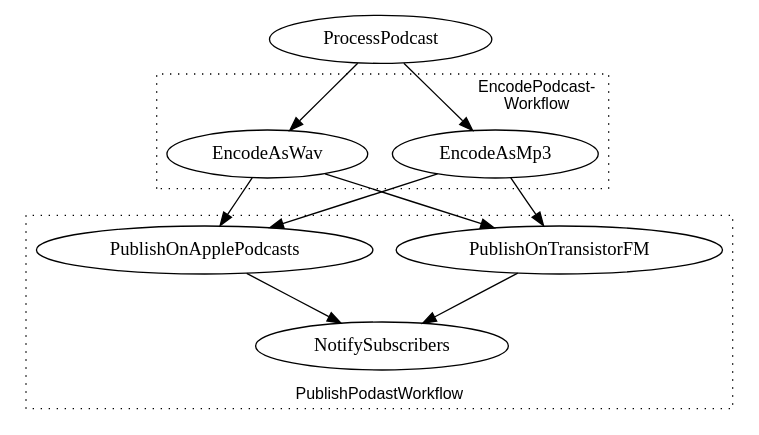
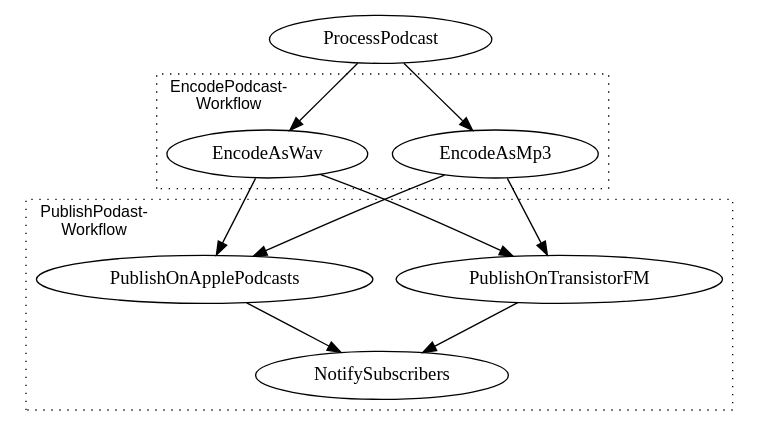
One commit to ksassnowski/venture-docs changed the diagram in docs/.vuepress/public/workflow-depends-on-workflow.dot. Above: the diagram before and after it, drawn with Graphviz. The commit also changed 3 other files, not shown here.

```diff
--- a/docs/.vuepress/public/workflow-depends-on-workflow.dot
+++ b/docs/.vuepress/public/workflow-depends-on-workflow.dot
@@ -1,26 +1,26 @@
 digraph G {
     ProcessPodcast -> EncodeAsMp3;
     ProcessPodcast -> EncodeAsWav;
 
     subgraph cluster_publish {
-        label="PublishPodastWorkflow";
-        graph[style="dotted", labelloc="b", fontsize="12", fontname="sans-serif"]
+        label="PublishPodast-\nWorkflow";
+        graph[style="dotted", labelloc="t", labeljust="l", fontsize="12", fontname="sans-serif"]
 
         PublishOnTransistorFM; PublishOnApplePodcasts NotifySubscribers;
 
         PublishOnTransistorFM -> NotifySubscribers;
         PublishOnApplePodcasts -> NotifySubscribers;
     }
 
     subgraph cluster_encode {
         label="EncodePodcast-\nWorkflow";
-        graph[style="dotted", labeljust="r", labelloc="t", fontsize="12", fontname="sans-serif"]
+        graph[style="dotted", labeljust="l", labelloc="t", fontsize="12", fontname="sans-serif"]
 
         EncodeAsWav; EncodeAsWav;
 
         EncodeAsMp3 -> PublishOnApplePodcasts;
         EncodeAsMp3 -> PublishOnTransistorFM;
         EncodeAsWav -> PublishOnApplePodcasts;
         EncodeAsWav -> PublishOnTransistorFM;
     }
 }
```
